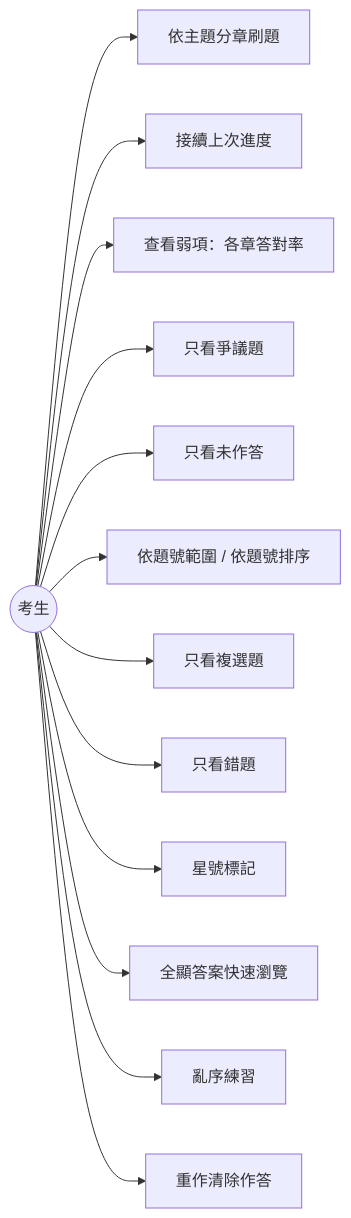
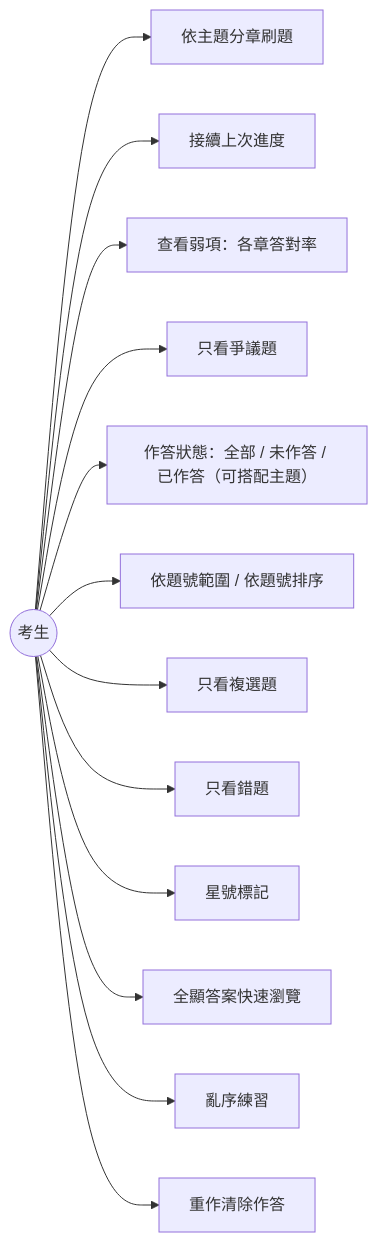
The fifth of 6 diagrams in gen_short_zh.md (cuteman0725/aws-dea-c01-question-bank), drawn with Mermaid before and after one commit. The commit also changed 3 other files, not shown here.

First line of the commit message:
精簡版新增作答狀態切換：全部／未作答／已作答

````diff
--- a/gen_short_zh.md
+++ b/gen_short_zh.md
@@ -120,16 +120,16 @@
 ```mermaid
 flowchart LR
     U((考生))
     U --> UC0[依主題分章刷題]
     U --> UC11[接續上次進度]
     U --> UC8[查看弱項：各章答對率]
     U --> UC9[只看爭議題]
-    U --> UC10[只看未作答]
+    U --> UC10[作答狀態：全部 / 未作答 / 已作答（可搭配主題）]
     U --> UC1[依題號範圍 / 依題號排序]
     U --> UC2[只看複選題]
     U --> UC3[只看錯題]
     U --> UC4[星號標記]
     U --> UC5[全顯答案快速瀏覽]
     U --> UC6[亂序練習]
     U --> UC7[重作清除作答]
 ```
````
